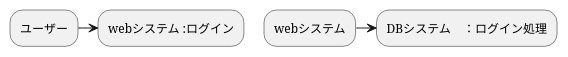
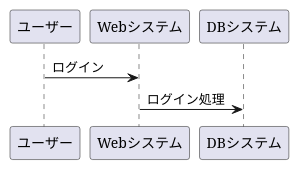
The diagram in flow1.md (Aso2001221/20121sys-design), drawn with PlantUML before and after one commit.

````diff
--- a/flow1.md
+++ b/flow1.md
@@ -1,6 +1,6 @@
 ```uml
 @startuml
-ユーザー -> webシステム :ログイン
-webシステム -> DBシステム　：ログイン処理
+ユーザー -> Webシステム :ログイン 
+Webシステム -> DBシステム :ログイン処理
 @enduml
 ```
````
